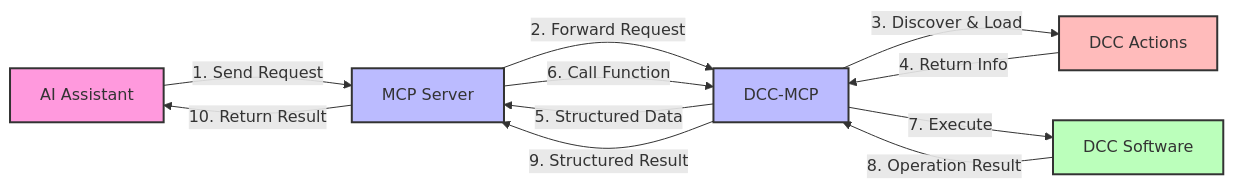
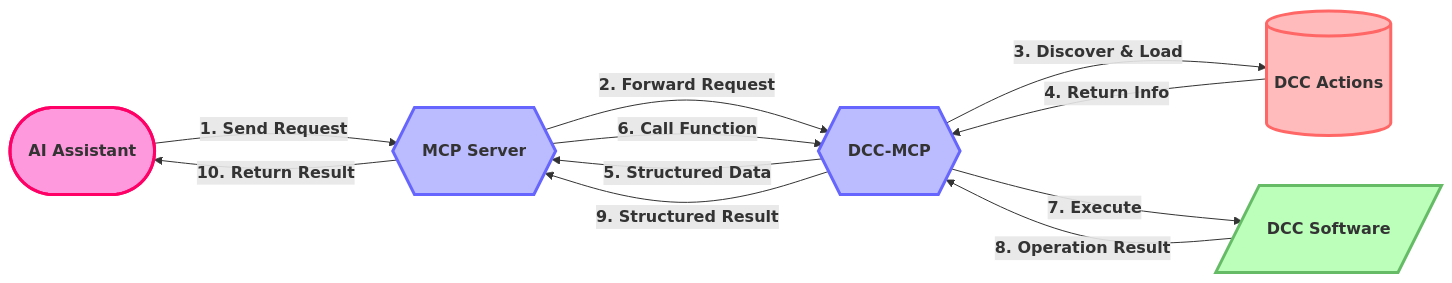
One commit to loonghao/dcc-mcp-core changed the diagram in README.md. Above: the diagram before and after it, drawn with Mermaid. The commit also changed other lines of this file and 16 other files, not shown here.

````diff
--- a/README.md
+++ b/README.md
@@ -30,19 +30,43 @@
 ```mermaid
-graph LR
-    AI[AI Assistant] -->|1. Send Request| MCP[MCP Server]
-    MCP -->|2. Forward Request| DCCMCP[DCC-MCP]
-    DCCMCP -->|3. Discover & Load| Actions[DCC Actions]
-    Actions -->|4. Return Info| DCCMCP
-    DCCMCP -->|5. Structured Data| MCP
-    MCP -->|6. Call Function| DCCMCP
-    DCCMCP -->|7. Execute| DCC[DCC Software]
-    DCC -->|8. Operation Result| DCCMCP
-    DCCMCP -->|9. Structured Result| MCP
-    MCP -->|10. Return Result| AI
+%%{init: {
+  'flowchart': {
+    'nodeSpacing': 50,
+    'rankSpacing': 80,
+    'curve': 'basis',
+    'useMaxWidth': false
+  },
+  'themeVariables': {
+    'fontSize': '16px',
+    'fontFamily': 'arial',
+    'lineWidth': 2
+  }
+} }%%
 
-    style AI fill:#f9d,stroke:#333,stroke-width:2px
-    style MCP fill:#bbf,stroke:#333,stroke-width:2px
-    style DCCMCP fill:#bbf,stroke:#333,stroke-width:2px
-    style DCC fill:#bfb,stroke:#333,stroke-width:2px
-    style Actions fill:#fbb,stroke:#333,stroke-width:2px
+flowchart LR
+    %% Node definitions with custom styling
+    AI([<b>AI Assistant</b>]):::aiNode
+    MCP{{<b>MCP Server</b>}}:::serverNode
+    DCCMCP{{<b>DCC-MCP</b>}}:::serverNode
+    Actions[(
+<b>DCC Actions</b>
+)]:::actionsNode
+    DCC[/<b>DCC Software</b>/]:::dccNode
+    
+    %% Connections and workflow
+    AI -->|<b>1. Send Request</b>| MCP
+    MCP -->|<b>2. Forward Request</b>| DCCMCP
+    DCCMCP -->|<b>3. Discover & Load</b>| Actions
+    Actions -->|<b>4. Return Info</b>| DCCMCP
+    DCCMCP -->|<b>5. Structured Data</b>| MCP
+    MCP -->|<b>6. Call Function</b>| DCCMCP
+    DCCMCP -->|<b>7. Execute</b>| DCC
+    DCC -->|<b>8. Operation Result</b>| DCCMCP
+    DCCMCP -->|<b>9. Structured Result</b>| MCP
+    MCP -->|<b>10. Return Result</b>| AI
+    
+    %% Style definitions
+    classDef aiNode fill:#f9d,stroke:#f06,stroke-width:3px,color:#333,padding:15px,margin:10px
+    classDef serverNode fill:#bbf,stroke:#66f,stroke-width:3px,color:#333,padding:15px,margin:10px
+    classDef dccNode fill:#bfb,stroke:#6b6,stroke-width:3px,color:#333,padding:15px,margin:10px
+    classDef actionsNode fill:#fbb,stroke:#f66,stroke-width:3px,color:#333,padding:15px,margin:10px
 ```
````
